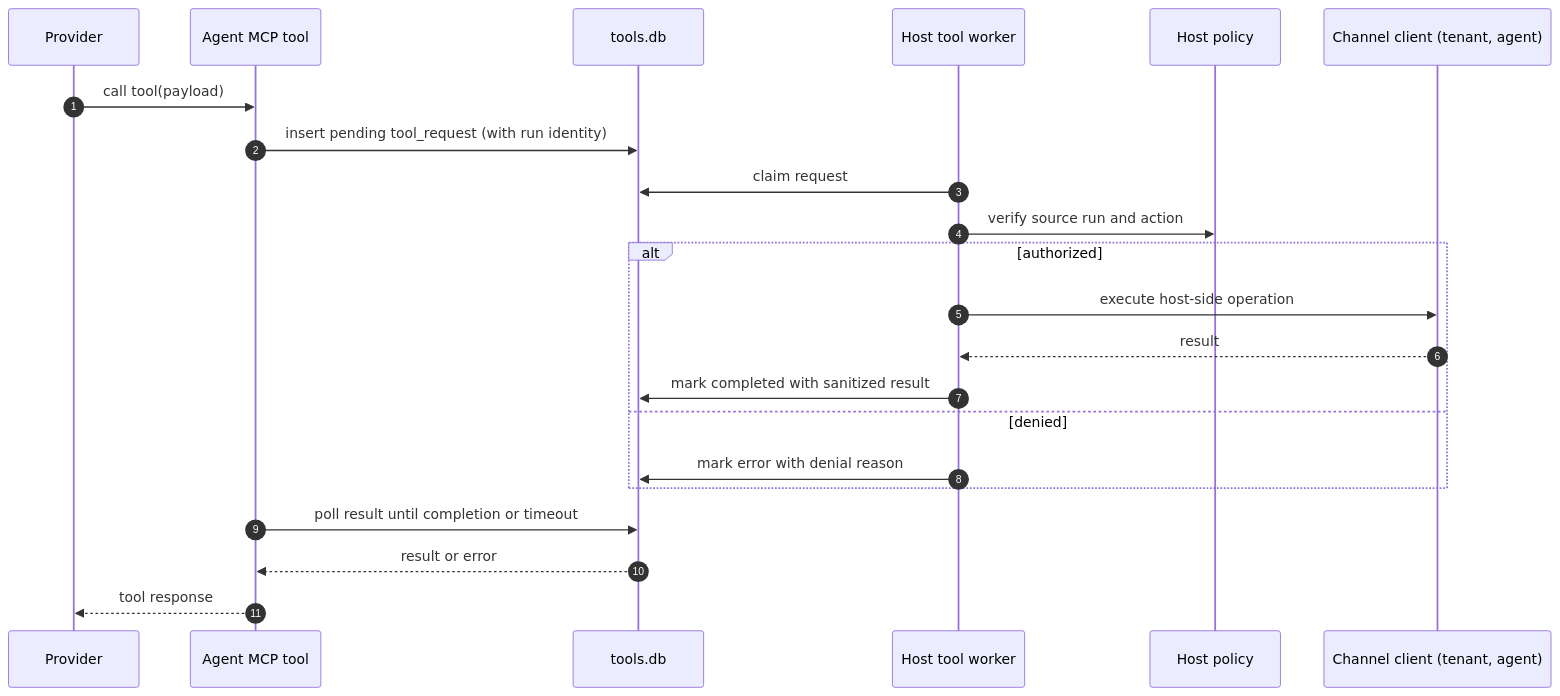
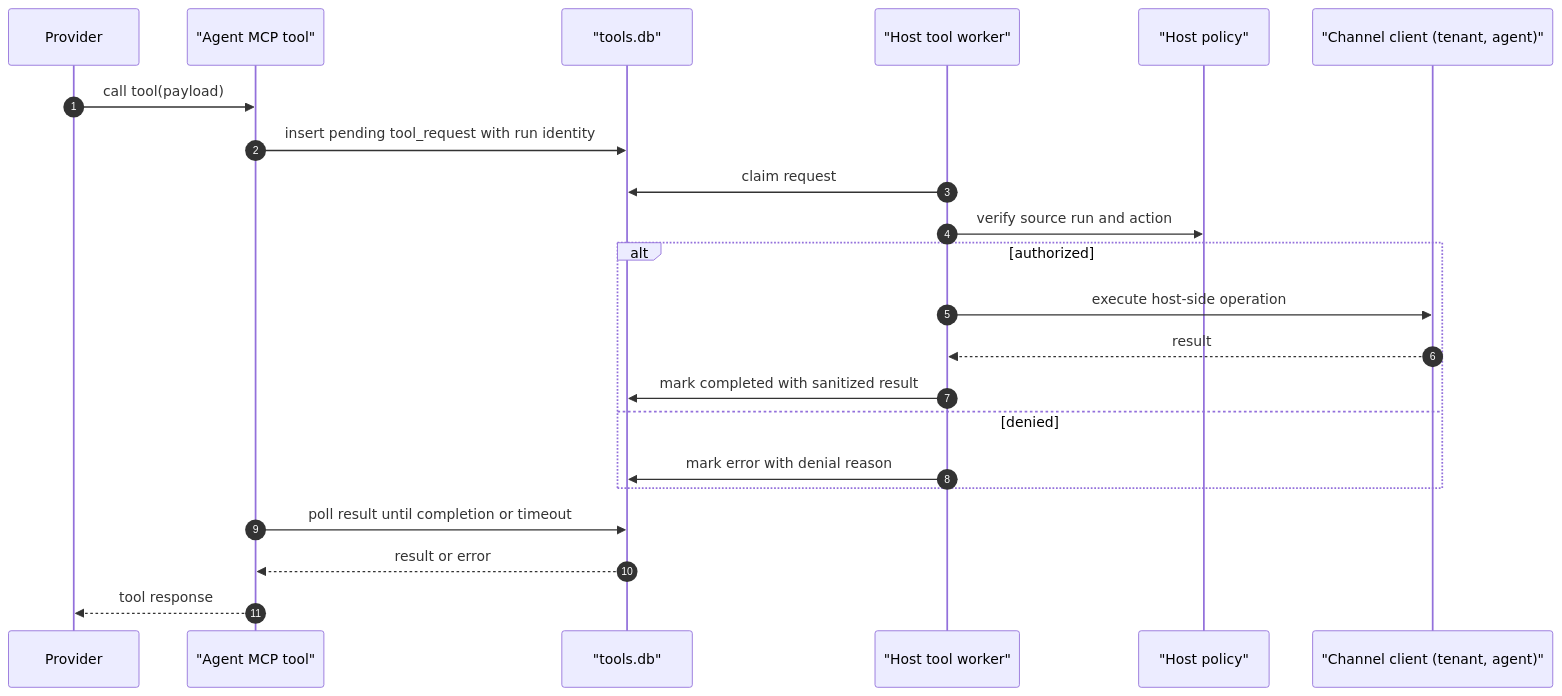
Before and after one commit to xi-qian/nanoclaw: the third of 5 diagrams in docs/runtime-rework/TARGET_ARCHITECTURE_DETAILS.md, drawn with Mermaid. The commit also changed other lines of this file, not shown here.

First line of the commit message:
docs: fix mermaid rendering in target architecture diagrams

````diff
--- a/docs/runtime-rework/TARGET_ARCHITECTURE_DETAILS.md
+++ b/docs/runtime-rework/TARGET_ARCHITECTURE_DETAILS.md
@@ -365,25 +365,25 @@
 ```mermaid
 sequenceDiagram
   autonumber
   participant Provider
-  participant Mcp as Agent MCP tool
-  participant ToolsDb as tools.db
-  participant Worker as Host tool worker
-  participant Policy as Host policy
-  participant Channel as Channel client (tenant, agent)
+  participant Mcp as "Agent MCP tool"
+  participant ToolsDb as "tools.db"
+  participant Worker as "Host tool worker"
+  participant Policy as "Host policy"
+  participant Channel as "Channel client (tenant, agent)"
 
   Provider->>Mcp: call tool(payload)
-  Mcp->>ToolsDb: insert pending tool_request (with run identity)
+  Mcp->>ToolsDb: insert pending tool_request with run identity
   Worker->>ToolsDb: claim request
   Worker->>Policy: verify source run and action
   alt authorized
     Worker->>Channel: execute host-side operation
     Channel-->>Worker: result
     Worker->>ToolsDb: mark completed with sanitized result
   else denied
     Worker->>ToolsDb: mark error with denial reason
   end
   Mcp->>ToolsDb: poll result until completion or timeout
   ToolsDb-->>Mcp: result or error
   Mcp-->>Provider: tool response
 ```
````
